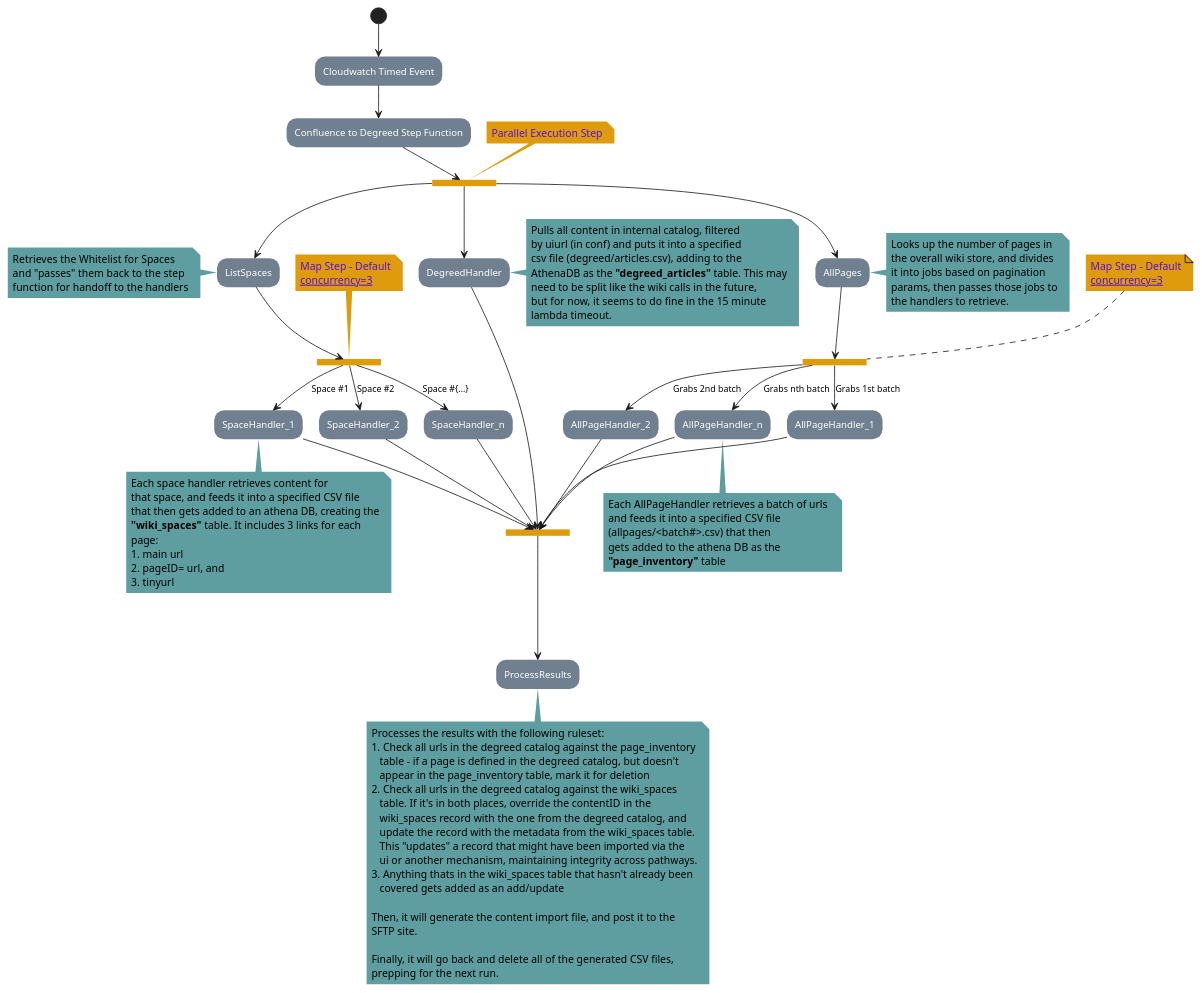
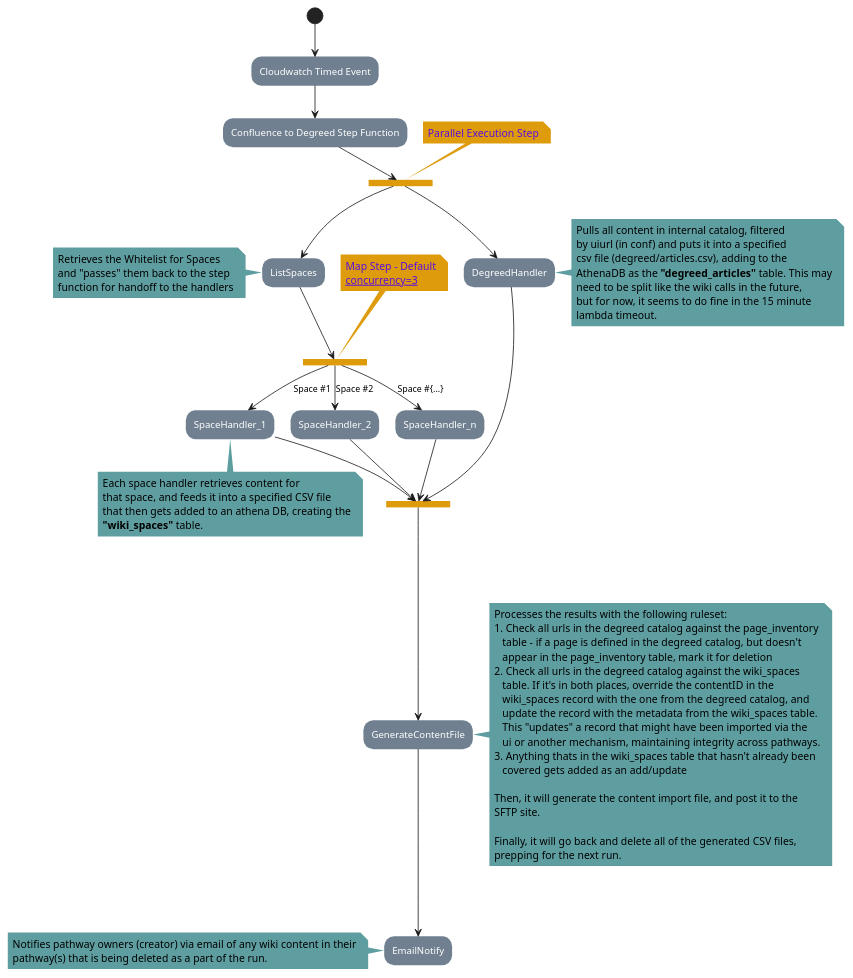
Before and after one commit to stevelitras/confluence-to-degreed: the diagram in design/activity.puml, drawn with PlantUML. The commit also changed 2 other files, not shown here.

```diff
--- a/design/activity.puml
+++ b/design/activity.puml
@@ -1,112 +1,86 @@
 @startuml
 skinparam noteBackgroundColor cadetblue
 skinparam noteBorderColor black
 skinparam noteBorderThickness 0
 skinparam ActivityBackgroundColor slategrey
 skinparam ActivityBorderColor black
 skinparam ActivityBorderThickness 0
 skinparam ActivityBarColor #de9c0d
 skinparam ActivityFontColor white
 
 
 (*) --> "Cloudwatch Timed Event"
 --> "Confluence to Degreed Step Function"
 --> ===P1===
 note top #de9c0d
 <color:#5a0dde>Parallel Execution Step</color>
 end note
 --> "ListSpaces"
 note left
 Retrieves the Whitelist for Spaces
 and "passes" them back to the step
 function for handoff to the handlers
 end note
 
 --> ===P2===
 note top #de9c0d
 <color:#5a0dde>Map Step - Default</color>
 <color:#5a0dde>__concurrency=3__</color> 
 end note
 --> [Space #1] "SpaceHandler_1"
 note bottom
 Each space handler retrieves content for 
 that space, and feeds it into a specified CSV file
 that then gets added to an athena DB, creating the
-**"wiki_spaces"** table. It includes 3 links for each
-page: 
-# main url
-# pageID= url, and
-# tinyurl
+**"wiki_spaces"** table. 
 end note
 --> ===P3===
 ===P2===--> [Space #2] "SpaceHandler_2"
 ===P2===--> [Space #{...}] "SpaceHandler_n"
 
 "SpaceHandler_2"--> ===P3===
 "SpaceHandler_n"--> ===P3===
 
 
-===P1=== --> "AllPages"
-note right
-Looks up the number of pages in
-the overall wiki store, and divides
-it into jobs based on pagination
-params, then passes those jobs to
-the handlers to retrieve. 
-end note
-
---> ===P4===
-note top #de9c0d
-<color:#5a0dde>Map Step - Default</color>
-<color:#5a0dde>__concurrency=3__</color> 
-end note
---> [Grabs 1st batch] "AllPageHandler_1"
-===P4=== --> [Grabs 2nd batch] "AllPageHandler_2"
-===P4=== --> [Grabs nth batch] "AllPageHandler_n"
-note bottom
-Each AllPageHandler retrieves a batch of urls 
-and feeds it into a specified CSV file 
-(allpages/<batch#>.csv) that then
-gets added to the athena DB as the
-**"page_inventory"** table
-end note
-
-AllPageHandler_1 --> ===P3===
-AllPageHandler_2 --> ===P3===
-AllPageHandler_n --> ===P3===
 
 ===P1=== --> "DegreedHandler"
 note right
 Pulls all content in internal catalog, filtered
 by uiurl (in conf) and puts it into a specified 
 csv file (degreed/articles.csv), adding to the 
 AthenaDB as the **"degreed_articles"** table. This may
 need to be split like the wiki calls in the future, 
 but for now, it seems to do fine in the 15 minute
 lambda timeout.
 end note
 
 DegreedHandler-->===P3===
 
----> "ProcessResults"
-note bottom
+---> "GenerateContentFile"
+note right
 Processes the results with the following ruleset:
 # Check all urls in the degreed catalog against the page_inventory 
    table - if a page is defined in the degreed catalog, but doesn't 
    appear in the page_inventory table, mark it for deletion
 # Check all urls in the degreed catalog against the wiki_spaces
    table. If it's in both places, override the contentID in the 
    wiki_spaces record with the one from the degreed catalog, and 
    update the record with the metadata from the wiki_spaces table.
    This "updates" a record that might have been imported via the
    ui or another mechanism, maintaining integrity across pathways.
 # Anything thats in the wiki_spaces table that hasn't already been
    covered gets added as an add/update
 
 Then, it will generate the content import file, and post it to the 
 SFTP site.
 
 Finally, it will go back and delete all of the generated CSV files,
 prepping for the next run. 
 end note
+
+---> "EmailNotify"
+note left
+Notifies pathway owners (creator) via email of any wiki content in their
+pathway(s) that is being deleted as a part of the run.
+end note
 @enduml
```
